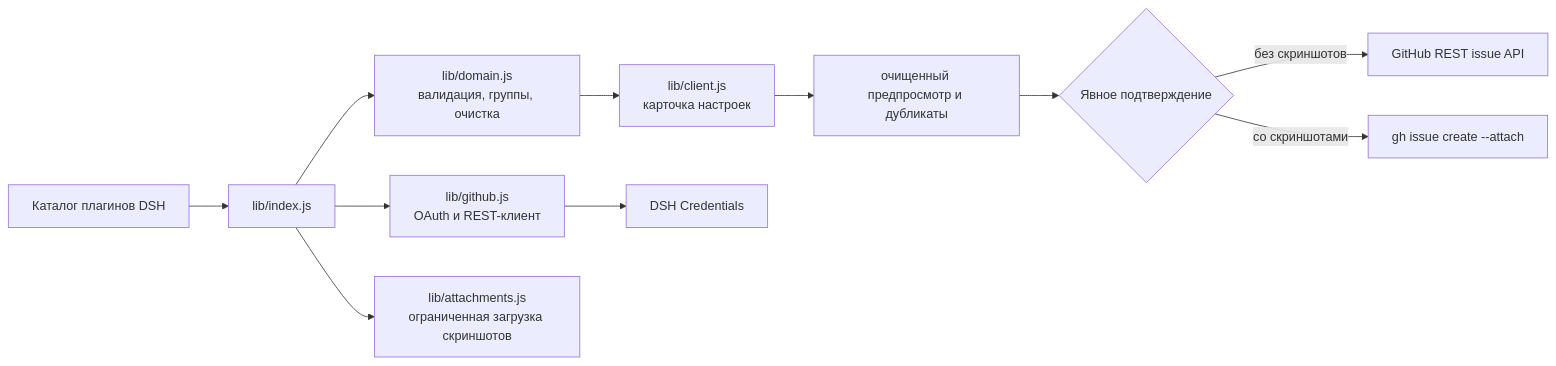
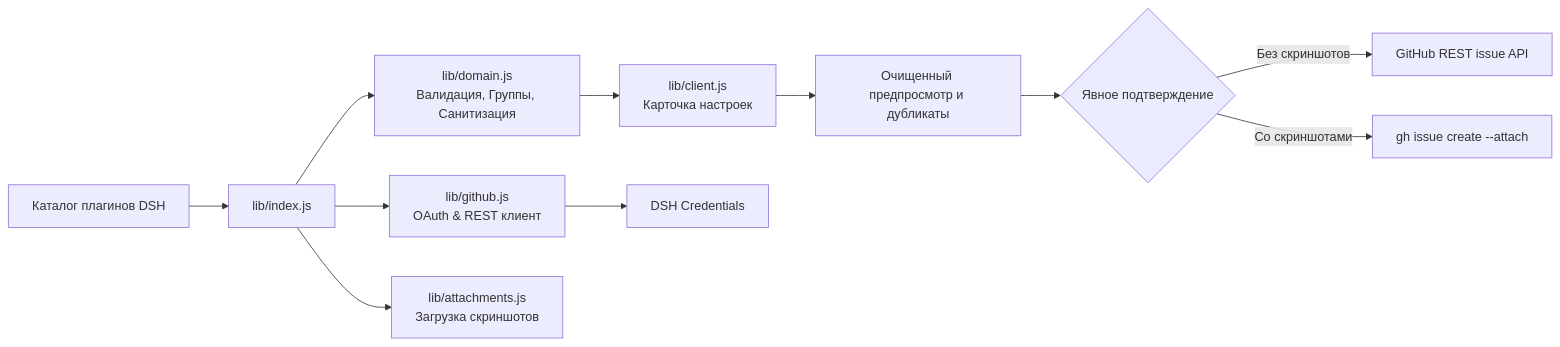
The diagram in README.ru.md (GooDAnDReaDY/dsh-issue-reporter), drawn with Mermaid before and after one commit. The commit also changed other lines of this file and 2 other files, not shown here.

````diff
--- a/README.ru.md
+++ b/README.ru.md
@@ -44,13 +56,13 @@
 ```mermaid
 graph LR
   A[Каталог плагинов DSH] --> B[lib/index.js]
-  B --> C[lib/domain.js<br/>валидация, группы, очистка]
-  B --> D[lib/github.js<br/>OAuth и REST-клиент]
-  B --> E[lib/attachments.js<br/>ограниченная загрузка скриншотов]
-  C --> F[lib/client.js<br/>карточка настроек]
-  F --> G[очищенный предпросмотр и дубликаты]
+  B --> C[lib/domain.js<br/>Валидация, Группы, Санитизация]
+  B --> D[lib/github.js<br/>OAuth & REST клиент]
+  B --> E[lib/attachments.js<br/>Загрузка скриншотов]
+  C --> F[lib/client.js<br/>Карточка настроек]
+  F --> G[Очищенный предпросмотр и дубликаты]
   G --> H{Явное подтверждение}
-  H -->|без скриншотов| I[GitHub REST issue API]
-  H -->|со скриншотами| J[gh issue create --attach]
+  H -->|Без скриншотов| I[GitHub REST issue API]
+  H -->|Со скриншотами| J[gh issue create --attach]
   D --> K[DSH Credentials]
 ```
````
